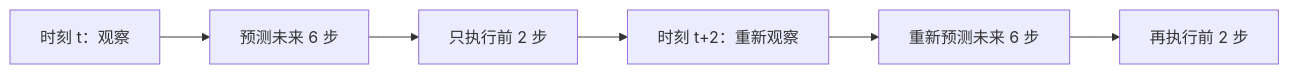
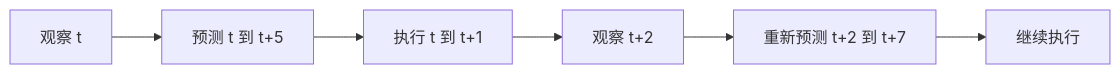
Before and after one commit to YangLee019/VLA-Learning: the fourth of 4 diagrams in 00-foundations/notes/00-基础概念.md, drawn with Mermaid. The commit also changed other lines of this file and 5 other files, not shown here.

````diff
--- a/00-foundations/notes/00-基础概念.md
+++ b/00-foundations/notes/00-基础概念.md
@@ -47,8 +64,8 @@
 ```mermaid
 flowchart LR
-    O1[时刻 t：观察] --> P1[预测未来 6 步]
-    P1 --> X1[只执行前 2 步]
-    X1 --> O2[时刻 t+2：重新观察]
-    O2 --> P2[重新预测未来 6 步]
-    P2 --> X2[再执行前 2 步]
+    O1[观察 t] --> P1[预测 t 到 t+5]
+    P1 --> X1[执行 t 到 t+1]
+    X1 --> O2[观察 t+2]
+    O2 --> P2[重新预测 t+2 到 t+7]
+    P2 --> X2[继续执行]
 ```
````
